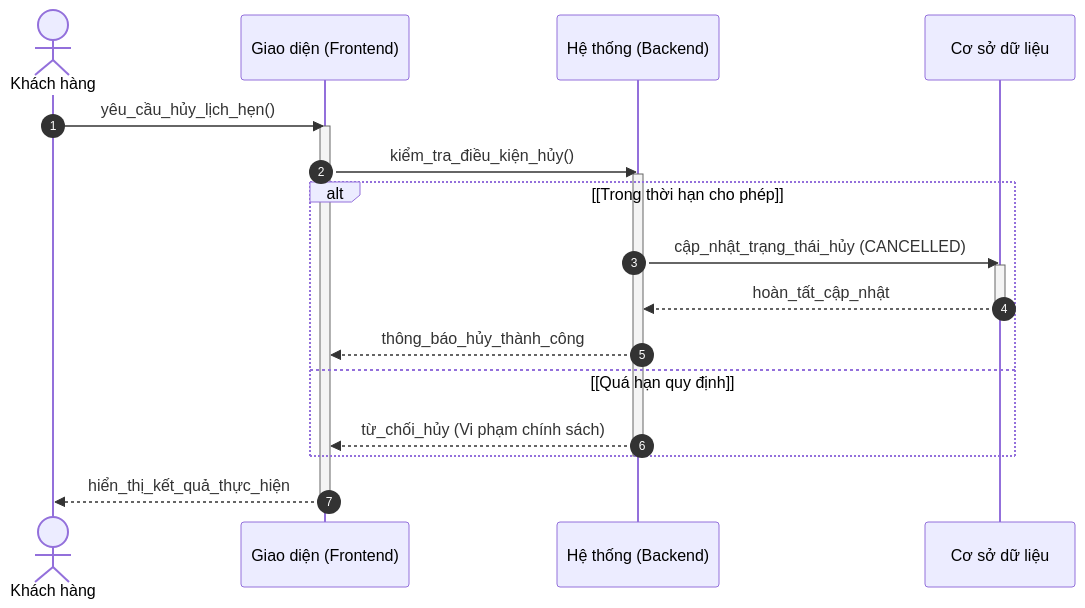
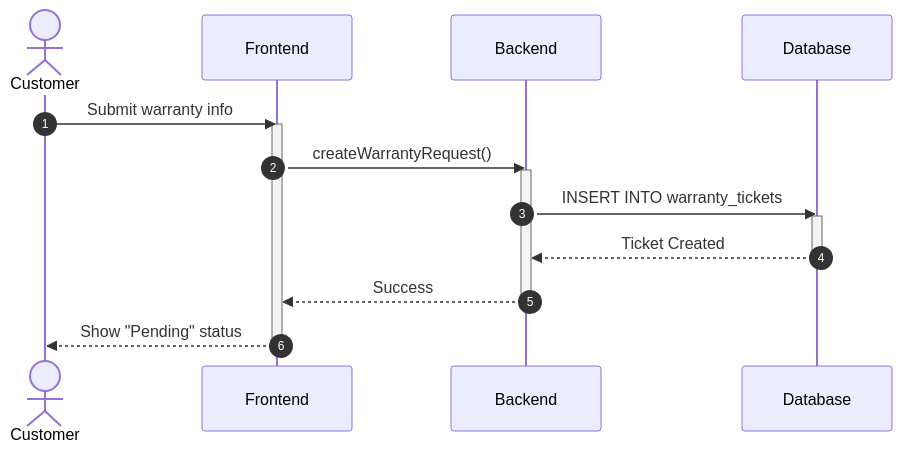
Before and after one commit to ngoctinn/Synapse: the eighth of 8 diagrams in docs/design/sequences_simplified/customer_flows.md, drawn with Mermaid. The commit also changed other lines of this file and 4 other files, not shown here.

Commit message:
feat: add simplified sequence diagrams for authentication and core user flows.

````diff
--- a/docs/design/sequences_simplified/customer_flows.md
+++ b/docs/design/sequences_simplified/customer_flows.md
@@ -98,26 +202,23 @@
 ```mermaid
 sequenceDiagram
     autonumber
-    actor KH as Khách hàng
-    participant FE as Giao diện (Frontend)
-    participant BE as Hệ thống (Backend)
-    participant DB as Cơ sở dữ liệu
+    actor KH as Customer
+    participant FE as Frontend
+    participant BE as Backend
+    participant DB as Database
 
-    KH->>FE: yêu_cầu_hủy_lịch_hẹn()
+    KH->>FE: Submit warranty info
     activate FE
-    FE->>BE: kiểm_tra_điều_kiện_hủy()
+    FE->>BE: createWarrantyRequest()
     activate BE
 
-    alt [Trong thời hạn cho phép]
-        BE->>DB: cập_nhật_trạng_thái_hủy (CANCELLED)
-        activate DB
-        DB-->>BE: hoàn_tất_cập_nhật
-        deactivate DB
-        BE-->>FE: thông_báo_hủy_thành_công
-    else [Quá hạn quy định]
-        BE-->>FE: từ_chối_hủy (Vi phạm chính sách)
-    end
+    BE->>DB: INSERT INTO warranty_tickets
+    activate DB
+    DB-->>BE: Ticket Created
+    deactivate DB
+
+    BE-->>FE: Success
     deactivate BE
-    FE-->>KH: hiển_thị_kết_quả_thực_hiện
+    FE-->>KH: Show "Pending" status
     deactivate FE
 ```
````
